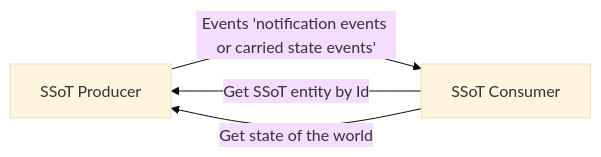
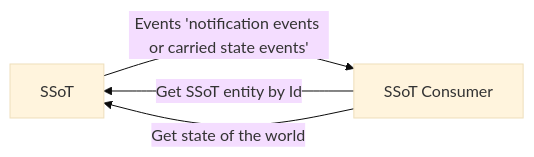
The diagram in samples/ssot-pattern/README.md (axel-springer-kugawana/gsl-seo-geo-consumer), drawn with Mermaid (base theme) before and after one commit.

Commit message:
doc(ssot-pattern): fix diagram

````diff
--- a/samples/ssot-pattern/README.md
+++ b/samples/ssot-pattern/README.md
@@ -14,9 +14,9 @@
 ```mermaid
 
 flowchart LR 
-    A[SSoT Producer] -->|Events 'notification events or carried state events'|B[SSoT Consumer]
-    B[SSoT Consumer] -->|Get SSoT entity by Id| A[SSoT Producer]
-    B[SSoT Consumer] -->|Get state of the world| A[SSoT Producer]
+    A[SSoT] -->|Events 'notification events or carried state events'|B[SSoT Consumer]
+    B[SSoT Consumer] -->|Get SSoT entity by Id| A[SSoT]
+    B[SSoT Consumer] -->|Get state of the world| A[SSoT]
     
 
 ```
````
